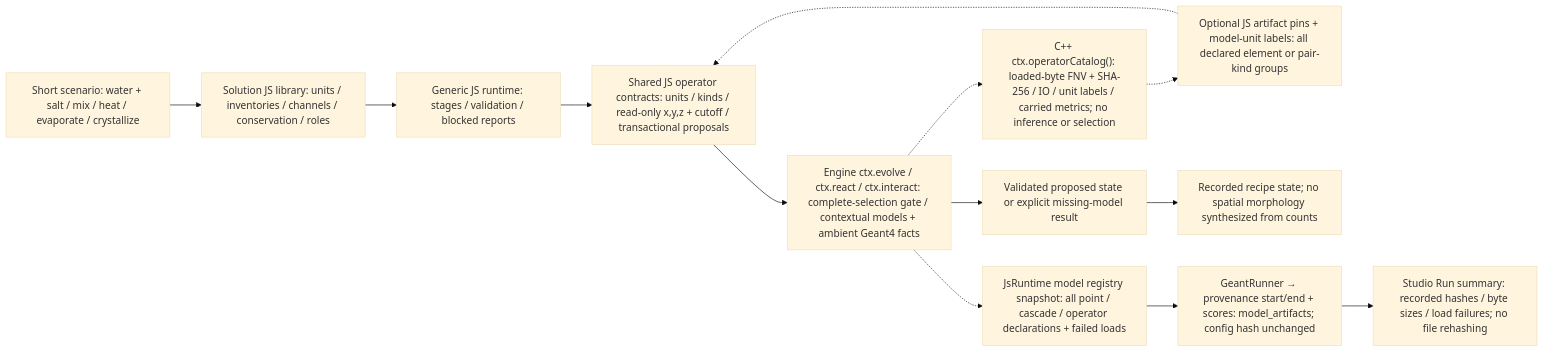
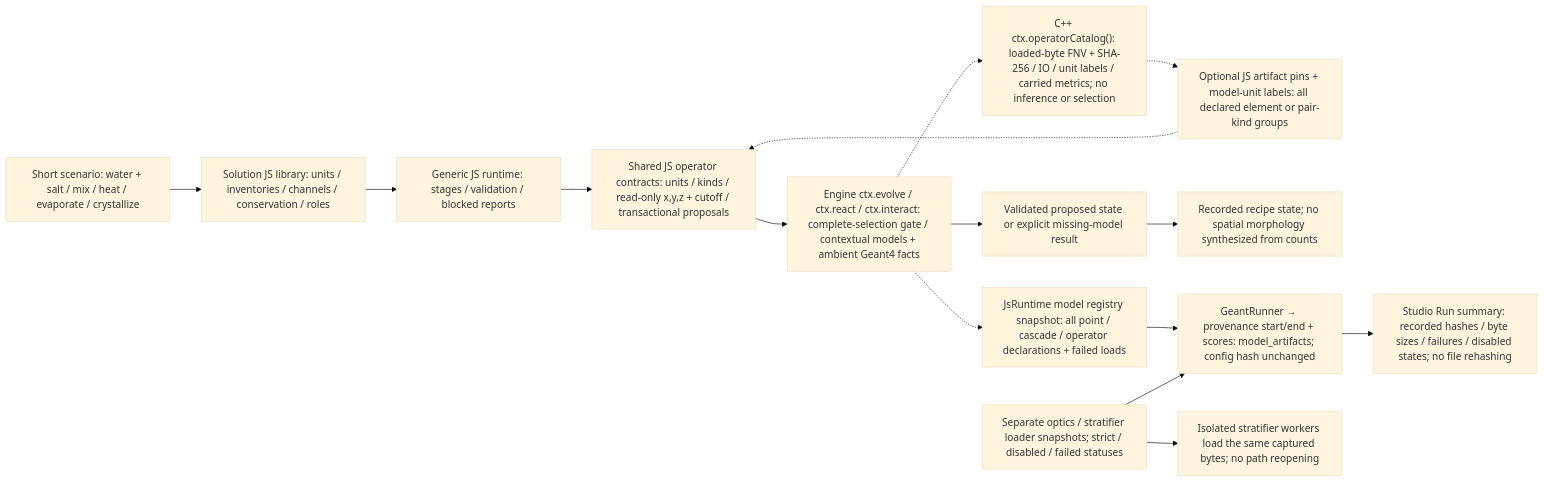
The third of 40 diagrams in CHARTS.md (Geckos-Ink/trech), drawn with Mermaid (base theme) before and after one commit. The commit also changed 28 other files, not shown here.

Commit message:
Record separate model loader snapshots and improve Studio engine discovery

````diff
--- a/CHARTS.md
+++ b/CHARTS.md
@@ -37,15 +37,17 @@
 ```mermaid
 flowchart LR
   S["Short scenario: water + salt / mix / heat / evaporate / crystallize"] --> D["Solution JS library: units / inventories / channels / conservation / roles"]
   D --> R["Generic JS runtime: stages / validation / blocked reports"]
   R --> B["Shared JS operator contracts: units / kinds / read-only x,y,z + cutoff / transactional proposals"]
   B --> E["Engine ctx.evolve / ctx.react / ctx.interact: complete-selection gate / contextual models + ambient Geant4 facts"]
   E -.-> C["C++ ctx.operatorCatalog(): loaded-byte FNV + SHA-256 / IO / unit labels / carried metrics; no inference or selection"]
   C -.-> P["Optional JS artifact pins + model-unit labels: all declared element or pair-kind groups"]
   P -.-> B
   E --> V["Validated proposed state or explicit missing-model result"]
   V --> O["Recorded recipe state; no spatial morphology synthesized from counts"]
   E -.-> M["JsRuntime model registry snapshot: all point / cascade / operator declarations + failed loads"]
   M --> F["GeantRunner → provenance start/end + scores: model_artifacts; config hash unchanged"]
-  F --> U["Studio Run summary: recorded hashes / byte sizes / load failures; no file rehashing"]
+  SL["Separate optics / stratifier loader snapshots; strict / disabled / failed statuses"] --> F
+  SL --> W["Isolated stratifier workers load the same captured bytes; no path reopening"]
+  F --> U["Studio Run summary: recorded hashes / byte sizes / failures / disabled states; no file rehashing"]
 ```
````
